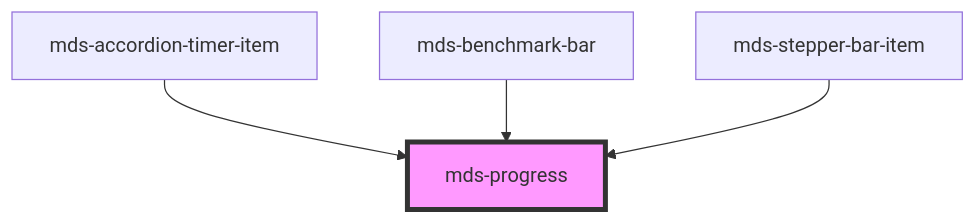
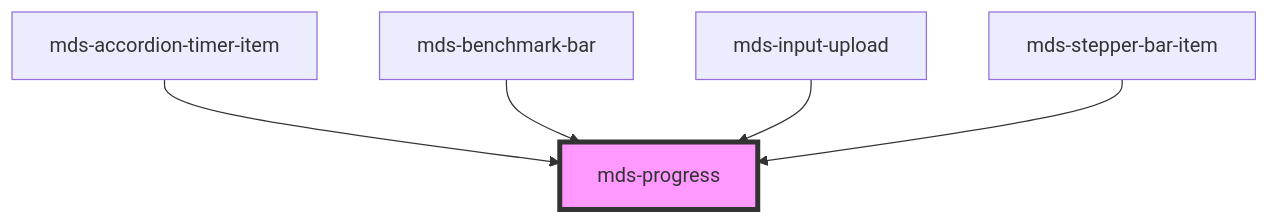
Before and after one commit to magma-design-system/magma: the diagram in projects/stencil/src/components/mds-progress/readme.md, drawn with Mermaid. The commit also changed other lines of this file and 5 other files, not shown here.

````diff
--- a/projects/stencil/src/components/mds-progress/readme.md
+++ b/projects/stencil/src/components/mds-progress/readme.md
@@ -40,7 +41,8 @@
 ```mermaid
 graph TD;
   mds-accordion-timer-item --> mds-progress
   mds-benchmark-bar --> mds-progress
+  mds-input-upload --> mds-progress
   mds-stepper-bar-item --> mds-progress
   style mds-progress fill:#f9f,stroke:#333,stroke-width:4px
 ```
````
